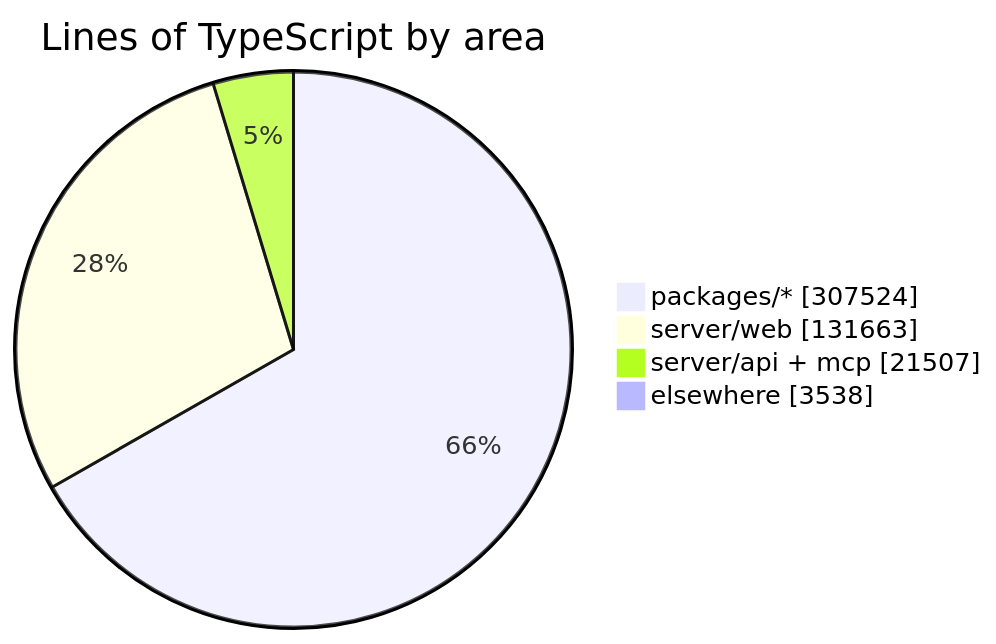
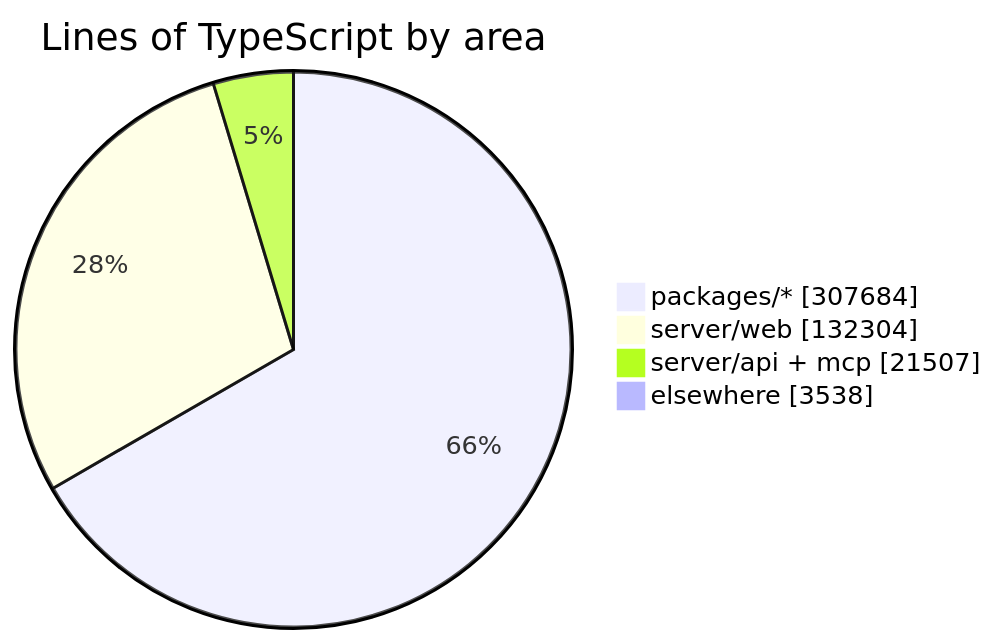
Before and after one commit to crossworks-engineering/mantle: the diagram in README.md, drawn with Mermaid. The commit also changed other lines of this file and 2 other files, not shown here.

````diff
--- a/README.md
+++ b/README.md
@@ -294,7 +294,7 @@
 ```mermaid
 pie showData title Lines of TypeScript by area
-    "packages/*" : 307524
-    "server/web" : 131663
+    "packages/*" : 307684
+    "server/web" : 132304
     "server/api + mcp" : 21507
     "elsewhere" : 3538
 ```
````
